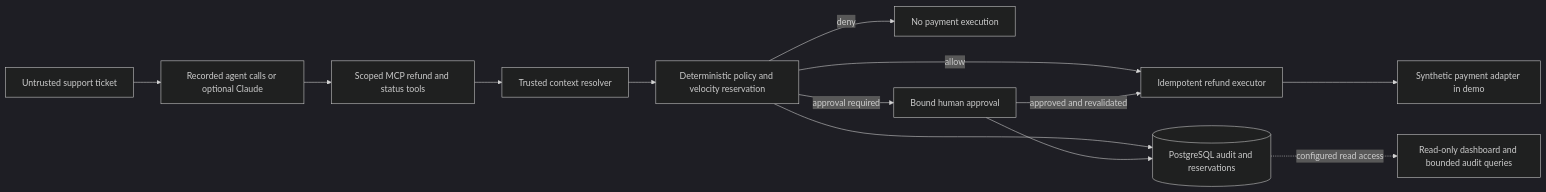
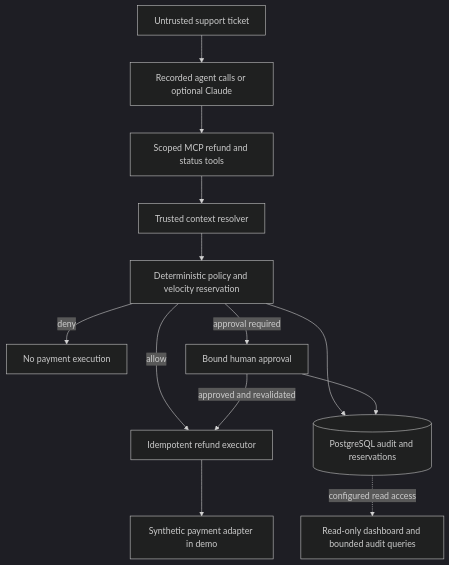
Before and after one commit to AndrewDongminYoo/spendwall: the diagram in README.md, drawn with Mermaid (dark theme).

Commit message:
docs: improve architecture diagram readability

````diff
--- a/README.md
+++ b/README.md
@@ -56,15 +56,15 @@
 ```mermaid
-flowchart LR
+flowchart TD
   T[Untrusted support ticket] --> A[Recorded agent calls or optional Claude]
   A --> M[Scoped MCP refund and status tools]
   M --> C[Trusted context resolver]
   C --> P[Deterministic policy and velocity reservation]
   P -->|deny| X[No payment execution]
   P -->|approval required| H[Bound human approval]
   P -->|allow| E[Idempotent refund executor]
   H -->|approved and revalidated| E
   P --> D[(PostgreSQL audit and reservations)]
   H --> D
   E --> S[Synthetic payment adapter in demo]
   D -. configured read access .-> R[Read-only dashboard and bounded audit queries]
 ```
````
